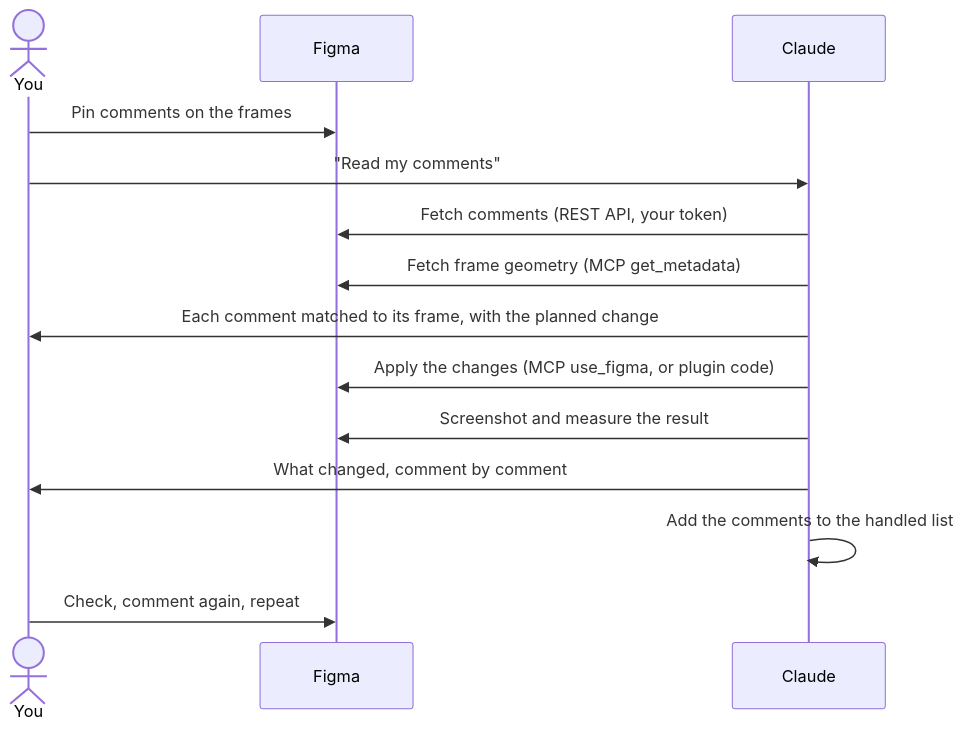
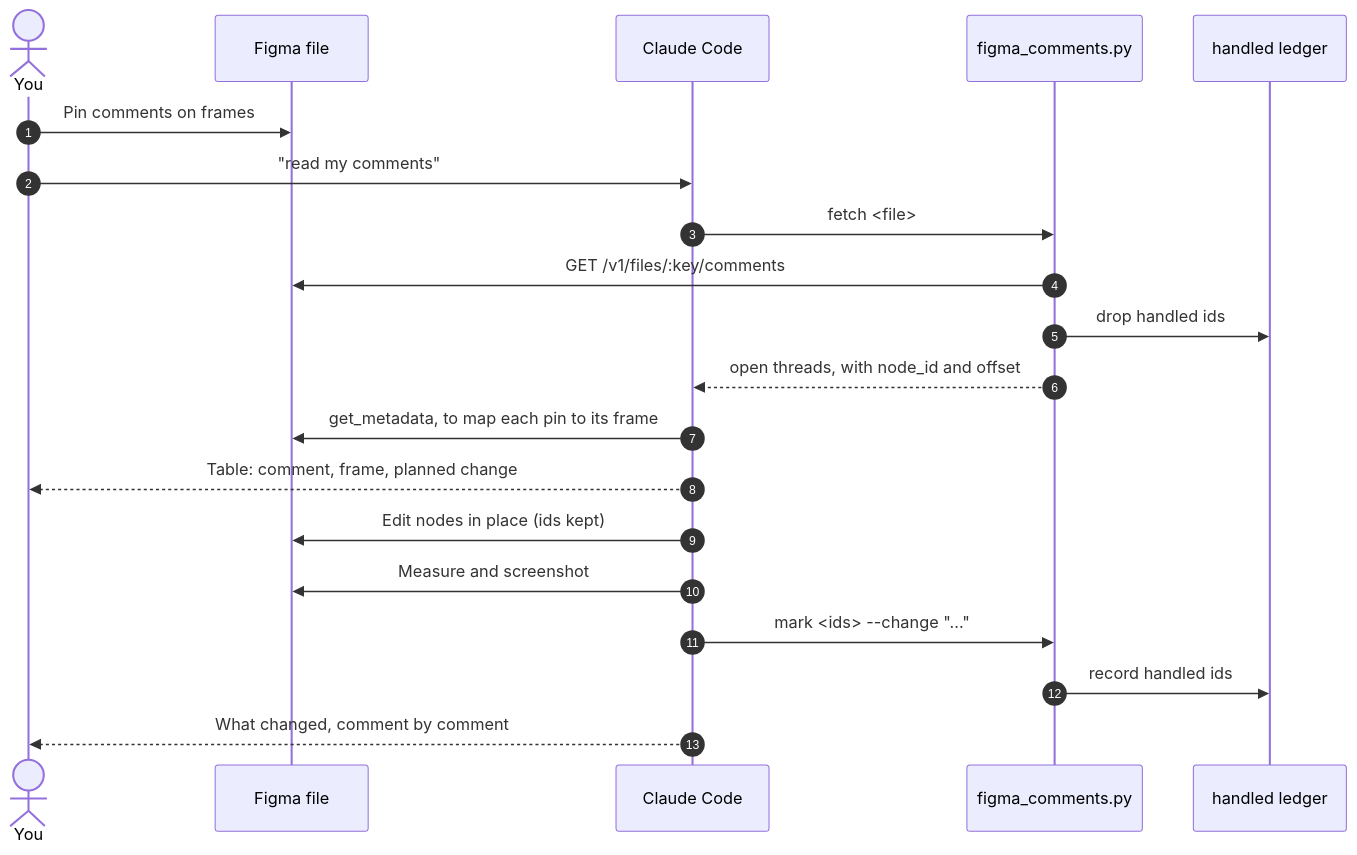
Before and after one commit to ABarracu87/figma-build-skill: the diagram in README.md, drawn with Mermaid. The commit also changed other lines of this file and 5 other files, not shown here.

Commit message:
v1.1.0: comments client, strict plugin stub, in-place review edits; user-entered sizes

````diff
--- a/README.md
+++ b/README.md
@@ -48,16 +38,23 @@
 ```mermaid
 sequenceDiagram
-    actor You
-    participant Figma
-    participant Claude
-    You->>Figma: Pin comments on the frames
-    You->>Claude: "Read my comments"
-    Claude->>Figma: Fetch comments (REST API, your token)
-    Claude->>Figma: Fetch frame geometry (MCP get_metadata)
-    Claude->>You: Each comment matched to its frame, with the planned change
-    Claude->>Figma: Apply the changes (MCP use_figma, or plugin code)
-    Claude->>Figma: Screenshot and measure the result
-    Claude->>You: What changed, comment by comment
-    Claude->>Claude: Add the comments to the handled list
-    You->>Figma: Check, comment again, repeat
+  autonumber
+  actor You
+  participant Figma as Figma file
+  participant Claude as Claude Code
+  participant Tool as figma_comments.py
+  participant Ledger as handled ledger
+
+  You->>Figma: Pin comments on frames
+  You->>Claude: "read my comments"
+  Claude->>Tool: fetch <file>
+  Tool->>Figma: GET /v1/files/:key/comments
+  Tool->>Ledger: drop handled ids
+  Tool-->>Claude: open threads, with node_id and offset
+  Claude->>Figma: get_metadata, to map each pin to its frame
+  Claude-->>You: Table: comment, frame, planned change
+  Claude->>Figma: Edit nodes in place (ids kept)
+  Claude->>Figma: Measure and screenshot
+  Claude->>Tool: mark <ids> --change "..."
+  Tool->>Ledger: record handled ids
+  Claude-->>You: What changed, comment by comment
 ```
````
